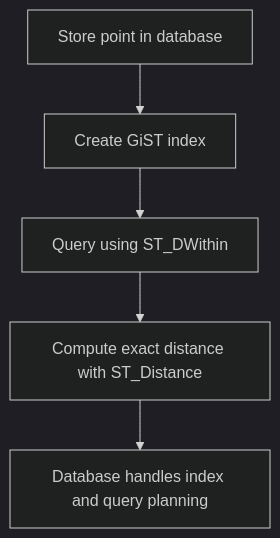
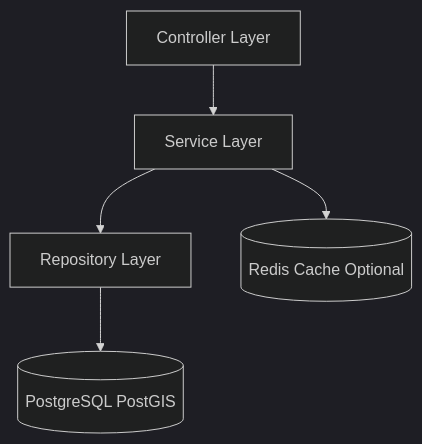
The eighth of 18 diagrams in HLD_NOTES/004_INTERVIEW_PROBLEMS/013_proximity_service_visual_notes.md (mthaiseer/springcloud-systemdesign-notes), drawn with Mermaid (dark theme) before and after one commit. The commit also changed other lines of this file and 1 other file, not shown here.

````diff
--- a/HLD_NOTES/004_INTERVIEW_PROBLEMS/013_proximity_service_visual_notes.md
+++ b/HLD_NOTES/004_INTERVIEW_PROBLEMS/013_proximity_service_visual_notes.md
@@ -323,7 +347,7 @@
 ```mermaid
 flowchart TB
-    A[Store point in database] --> B[Create GiST index]
-    B --> C[Query using ST_DWithin]
-    C --> D[Compute exact distance with ST_Distance]
-    D --> E[Database handles index and query planning]
+    Controller[Controller Layer] --> Service[Service Layer]
+    Service --> Repository[Repository Layer]
+    Repository --> Postgres[(PostgreSQL PostGIS)]
+    Service --> Redis[(Redis Cache Optional)]
 ```
````
